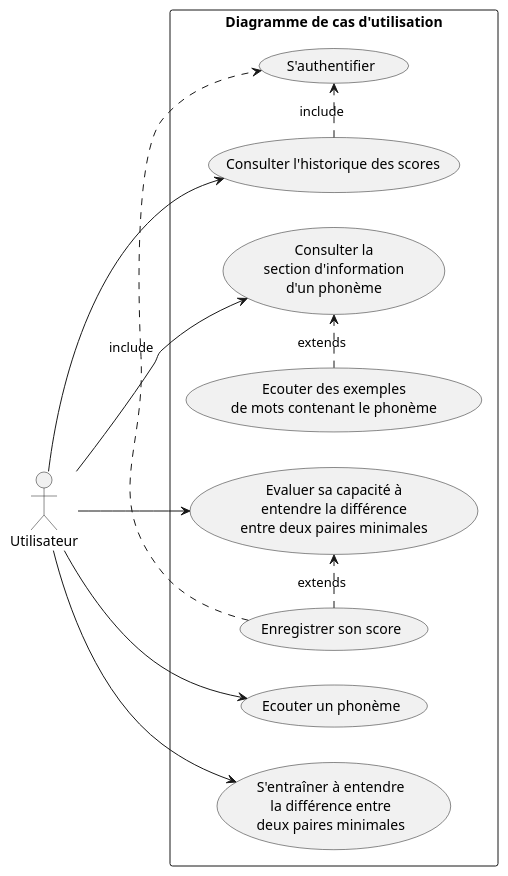
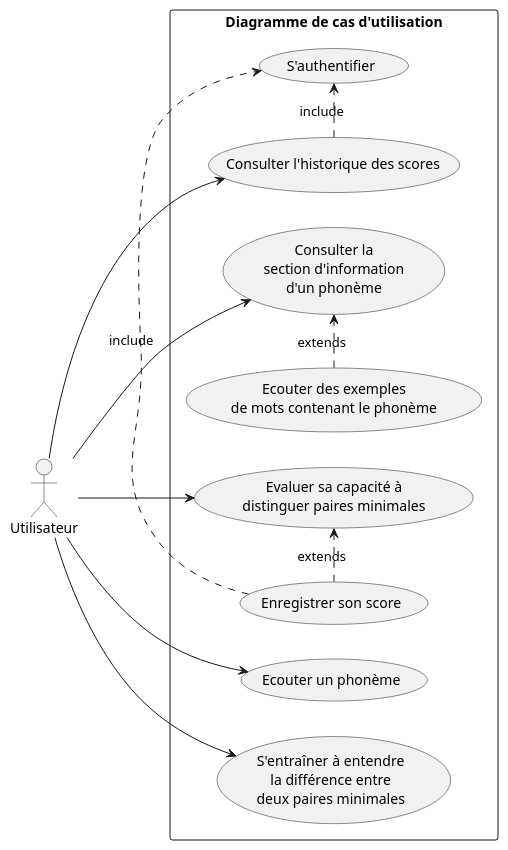
One commit to clemenceclaireR/P13_VocalTrainerApp changed the diagram in diagrams/use_case_diagram.puml. Above: the diagram before and after it, drawn with PlantUML. The commit also changed 11 other files, not shown here.

```diff
--- a/diagrams/use_case_diagram.puml
+++ b/diagrams/use_case_diagram.puml
@@ -1,45 +1,44 @@
 @startuml
 
 left to right direction
 
 :Utilisateur:
 
 rectangle "Diagramme de cas d'utilisation" {
 usecase Use1 as "Ecouter un phonème"
 Utilisateur --> (Use1)
 
 usecase Use2 as "Consulter la
 section d'information
  d'un phonème"
 Utilisateur --> (Use2)
 
 usecase Use3 as "S'entraîner à entendre
  la différence entre
  deux paires minimales"
 Utilisateur --> (Use3)
 
 usecase Use4 as "Evaluer sa capacité à
-entendre la différence
- entre deux paires minimales"
+distinguer paires minimales"
 Utilisateur --> (Use4)
 
 usecase Use5 as "Consulter l'historique des scores"
 Utilisateur --> (Use5)
 (Use5) .> (Use6) : include
 
 usecase Use2.1 as "Ecouter des exemples
  de mots contenant le phonème"
 
 (Use2.1) .> (Use2) : extends
 
 usecase Use4.1 as "Enregistrer son score"
 
 (Use4.1).> (Use4) : extends
 
 usecase Use6 as "S'authentifier"
 
 (Use4.1) .> (Use6) : include
 
 }
 
 @enduml
```
